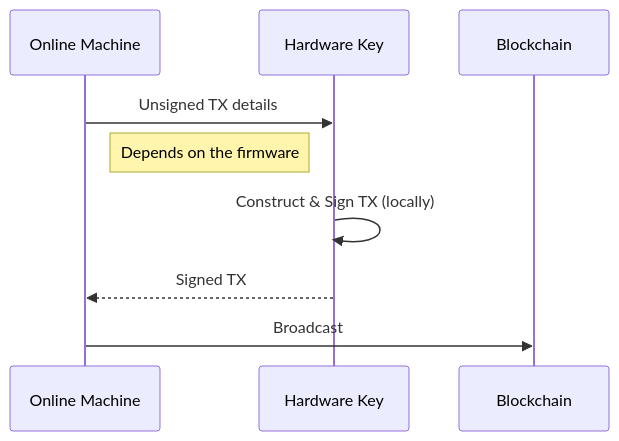
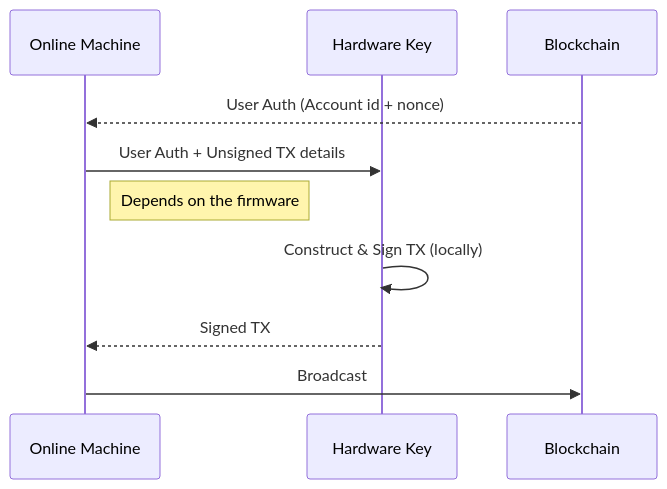
One commit to samouraiworld/peerdev changed the third of 5 diagrams in gno-tutorials/short-tutorials/9-secure-tx/slides.md. Above: the diagram before and after it, drawn with Mermaid. The commit also changed other lines of this file, not shown here.

````diff
--- a/gno-tutorials/short-tutorials/9-secure-tx/slides.md
+++ b/gno-tutorials/short-tutorials/9-secure-tx/slides.md
@@ -103,12 +103,13 @@
-```mermaid
-sequenceDiagram 
+```mermaid {scale: 0.9}
+sequenceDiagram  
     participant A as Online Machine
     participant B as Hardware Key
     participant C as Blockchain
 
-    A->>B: Unsigned TX details
+    C-->>A: User Auth (Account id + nonce)
+    A->>B: User Auth + Unsigned TX details
     Note right of A: Depends on the firmware
     B->>B: Construct & Sign TX (locally)
     B-->>A: Signed TX
     A->>C: Broadcast
 ```
````
